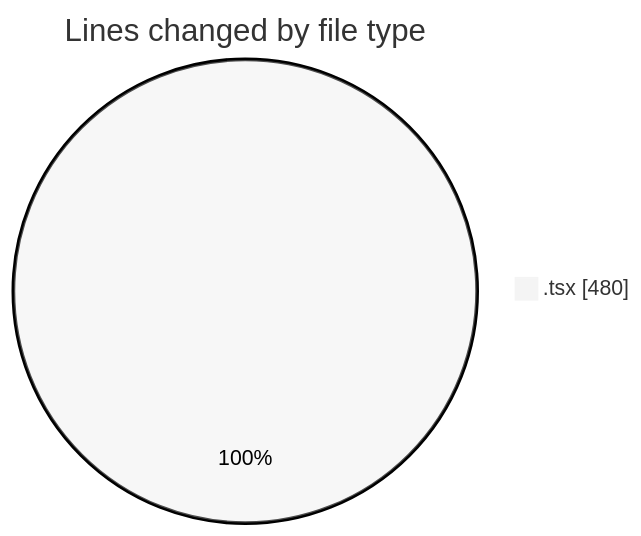
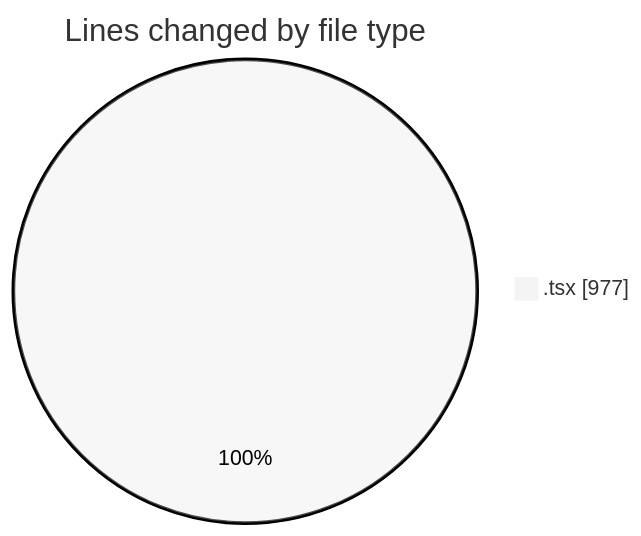
One commit to nxtqubesakshisongat/code-tracking changed the first of 2 diagrams in 2026-03-22/nxtqube_webapp/README.md. Above: the diagram before and after it, drawn with Mermaid (neutral theme). The commit also changed other lines of this file and 1 other file, not shown here.

````diff
--- a/2026-03-22/nxtqube_webapp/README.md
+++ b/2026-03-22/nxtqube_webapp/README.md
@@ -20,5 +21,5 @@
 ```mermaid
 pie showData
 title Lines changed by file type
-".tsx" : 480
+".tsx" : 977
 ```
````
